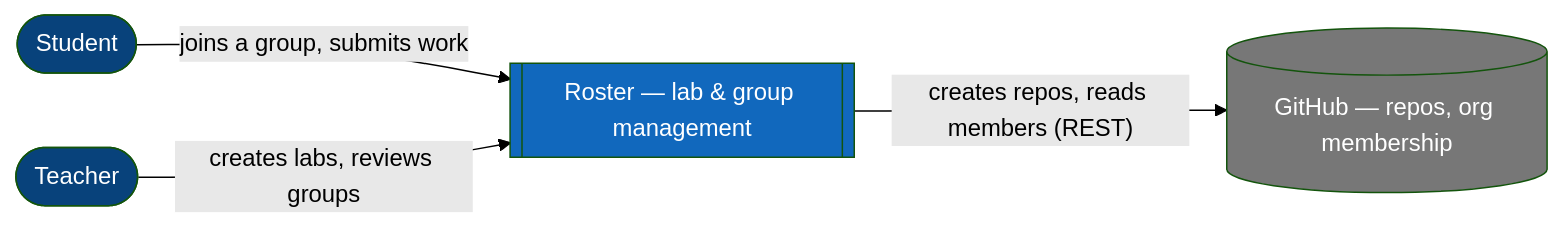
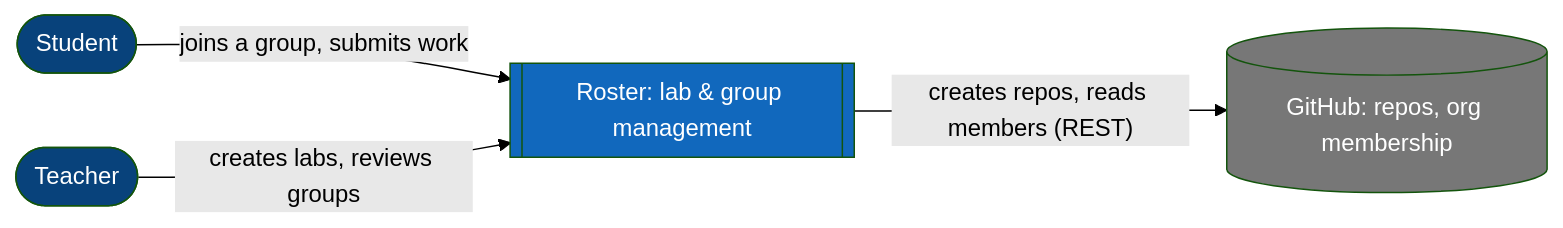
The first of 12 diagrams in general/write-diagrams/diagrams.md (Ovich/charrette), drawn with Mermaid (forest theme) before and after one commit. The commit also changed other lines of this file and 15 other files, not shown here.

````diff
--- a/general/write-diagrams/diagrams.md
+++ b/general/write-diagrams/diagrams.md
@@ -36,15 +36,15 @@
 ```mermaid
 flowchart LR
     student([Student]):::person
     teacher([Teacher]):::person
-    roster[["Roster — lab & group management"]]:::system
-    github[("GitHub — repos, org membership")]:::external
+    roster[["Roster: lab & group management"]]:::system
+    github[("GitHub: repos, org membership")]:::external
 
     student -->|"joins a group, submits work"| roster
     teacher -->|"creates labs, reviews groups"| roster
     roster -->|"creates repos, reads members (REST)"| github
 
     classDef person fill:#08427b,color:#fff
     classDef system fill:#1168bd,color:#fff
     classDef external fill:#777,color:#fff
 ```
````
